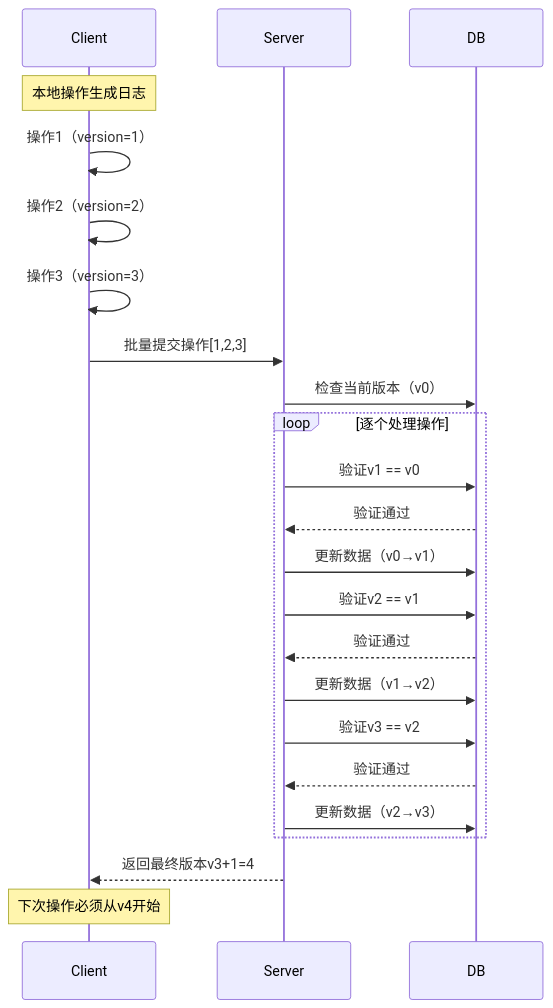
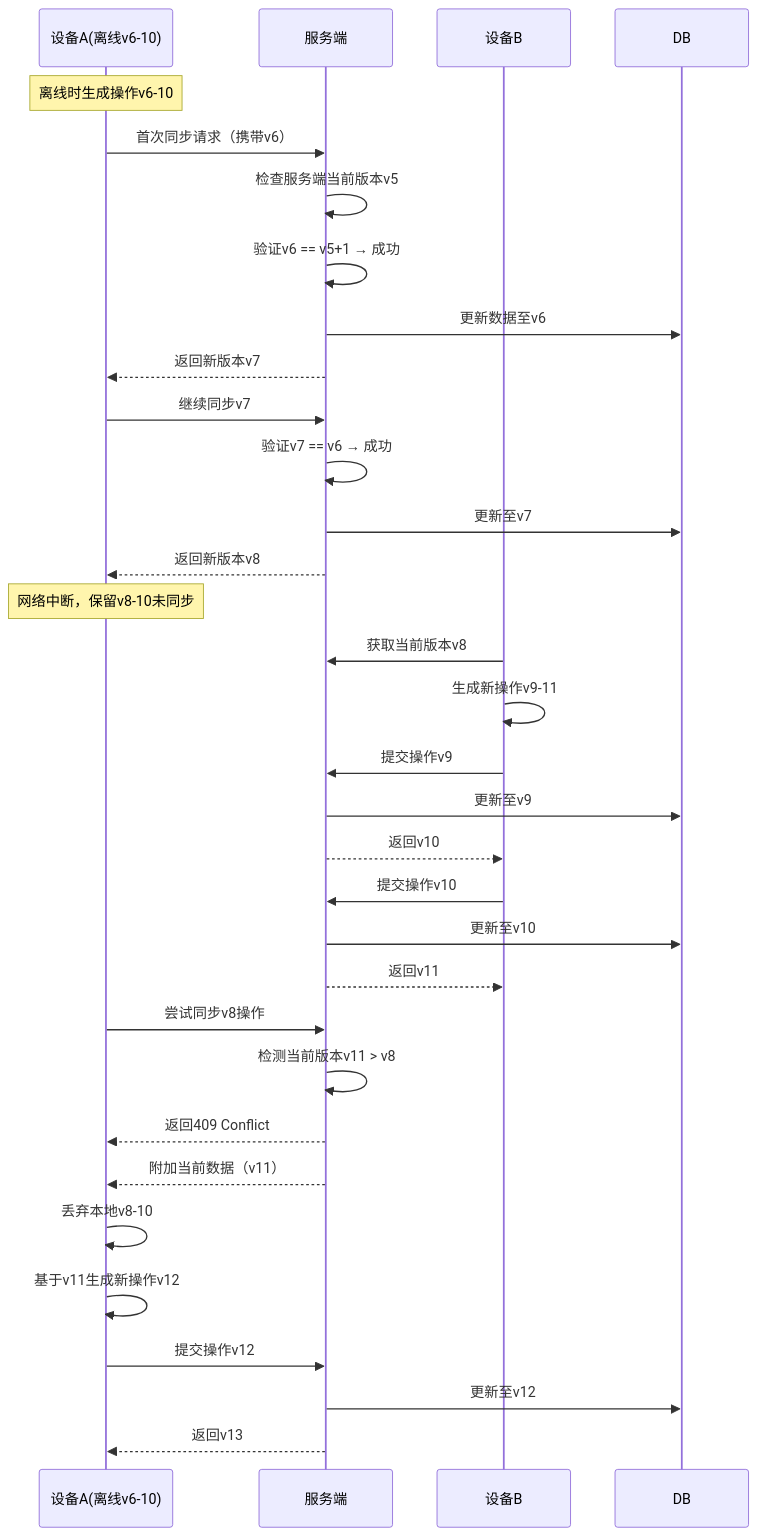
One commit to yingjianzh/iodraw-files changed the diagram in all/未命名-26.md. Above: the diagram before and after it, drawn with Mermaid.

Commit message:
2025-02-26 14:59:56 update

````diff
--- a/all/未命名-26.md
+++ b/all/未命名-26.md
@@ -1,30 +1,39 @@
 ```mermaid
 sequenceDiagram
-    participant Client
-    participant Server
-    participant DB
+    participant A as 设备A(离线v6-10)
+    participant S as 服务端
+    participant B as 设备B
 
-    Note over Client: 本地操作生成日志
-    Client->>Client: 操作1（version=1）
-    Client->>Client: 操作2（version=2）
-    Client->>Client: 操作3（version=3）
+    Note over A: 离线时生成操作v6-10
+    A->>S: 首次同步请求（携带v6）
+    S->>S: 检查服务端当前版本v5
+    S->>S: 验证v6 == v5+1 → 成功
+    S->>DB: 更新数据至v6
+    S-->>A: 返回新版本v7
 
-    Client->>Server: 批量提交操作[1,2,3]
-    Server->>DB: 检查当前版本（v0）
-    
-    loop 逐个处理操作
-        Server->>DB: 验证v1 == v0
-        DB-->>Server: 验证通过
-        Server->>DB: 更新数据（v0→v1）
-        Server->>DB: 验证v2 == v1
-        DB-->>Server: 验证通过
-        Server->>DB: 更新数据（v1→v2）
-        Server->>DB: 验证v3 == v2
-        DB-->>Server: 验证通过
-        Server->>DB: 更新数据（v2→v3）
-    end
-    
-    Server-->>Client: 返回最终版本v3+1=4
+    A->>S: 继续同步v7
+    S->>S: 验证v7 == v6 → 成功
+    S->>DB: 更新至v7
+    S-->>A: 返回新版本v8
 
-    Note over Client: 下次操作必须从v4开始
+    Note over A: 网络中断，保留v8-10未同步
+
+    B->>S: 获取当前版本v8
+    B->>B: 生成新操作v9-11
+    B->>S: 提交操作v9
+    S->>DB: 更新至v9
+    S-->>B: 返回v10
+    B->>S: 提交操作v10
+    S->>DB: 更新至v10
+    S-->>B: 返回v11
+
+    A->>S: 尝试同步v8操作
+    S->>S: 检测当前版本v11 > v8
+    S-->>A: 返回409 Conflict
+    S-->>A: 附加当前数据（v11）
+    A->>A: 丢弃本地v8-10
+    A->>A: 基于v11生成新操作v12
+    A->>S: 提交操作v12
+    S->>DB: 更新至v12
+    S-->>A: 返回v13
 ```
````
